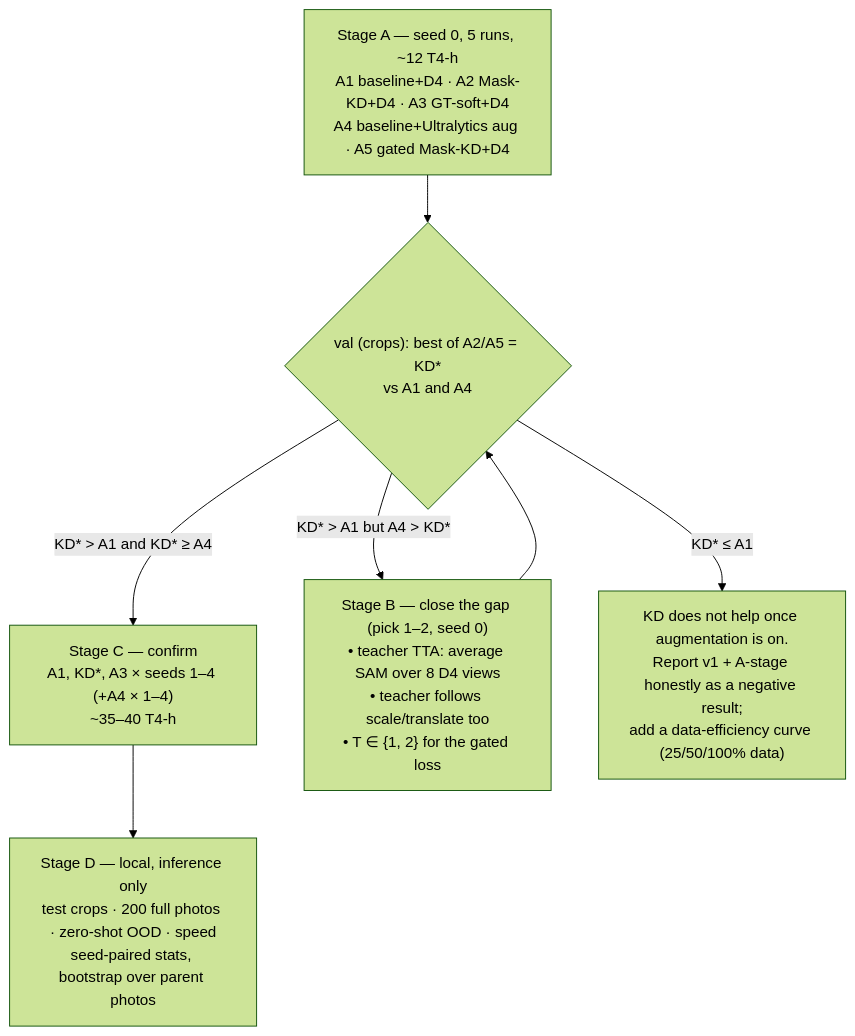
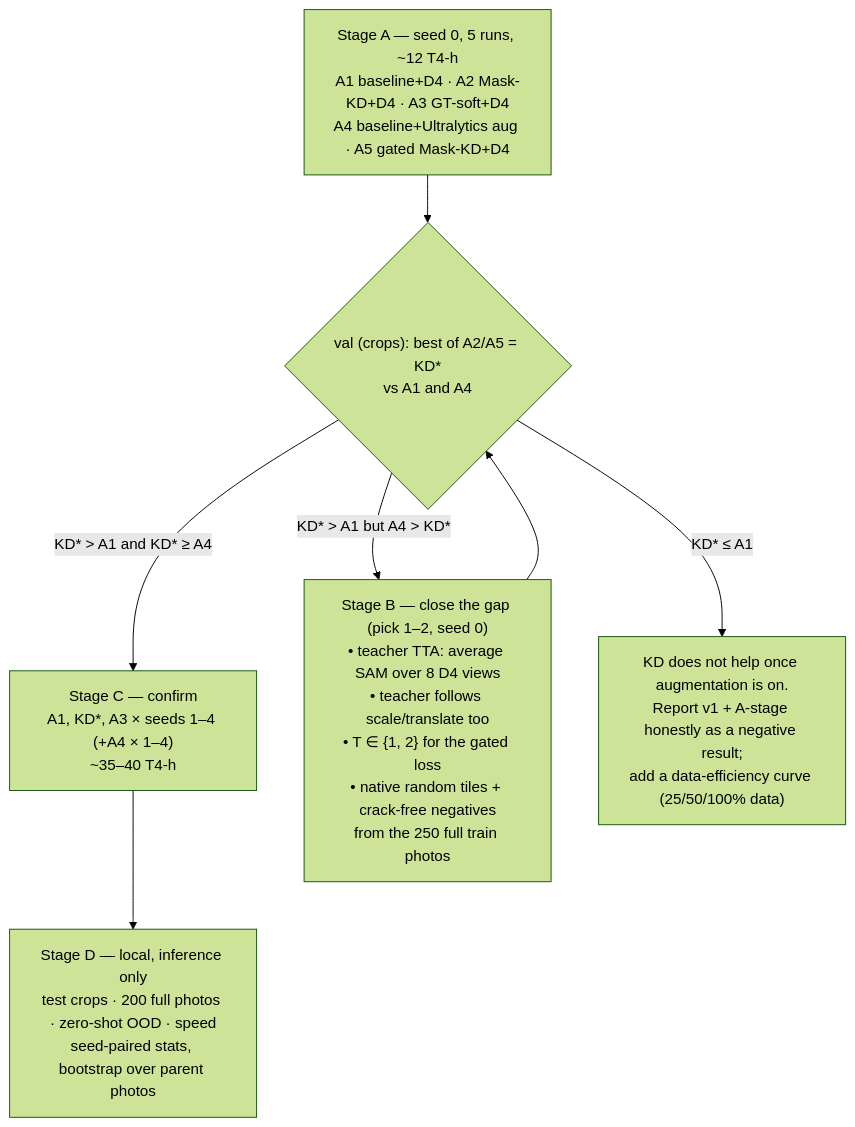
Before and after one commit to shahin1717/crackdistill: the fourth of 4 diagrams in docs/KD_DESIGN_v2.md, drawn with Mermaid (forest theme). The commit also changed other lines of this file and 4 other files, not shown here.

````diff
--- a/docs/KD_DESIGN_v2.md
+++ b/docs/KD_DESIGN_v2.md
@@ -180,10 +181,10 @@
 ```mermaid
 flowchart TB
     A["Stage A — seed 0, 5 runs, ~12 T4-h<br/>A1 baseline+D4 · A2 Mask-KD+D4 · A3 GT-soft+D4<br/>A4 baseline+Ultralytics aug · A5 gated Mask-KD+D4"]
     A --> G{"val (crops): best of A2/A5 = KD*<br/>vs A1 and A4"}
     G -->|"KD* > A1 and KD* ≥ A4"| C["Stage C — confirm<br/>A1, KD*, A3 × seeds 1–4 (+A4 × 1–4)<br/>~35–40 T4-h"]
-    G -->|"KD* > A1 but A4 > KD*"| B["Stage B — close the gap (pick 1–2, seed 0)<br/>• teacher TTA: average SAM over 8 D4 views<br/>• teacher follows scale/translate too<br/>• T ∈ {1, 2} for the gated loss"]
+    G -->|"KD* > A1 but A4 > KD*"| B["Stage B — close the gap (pick 1–2, seed 0)<br/>• teacher TTA: average SAM over 8 D4 views<br/>• teacher follows scale/translate too<br/>• T ∈ {1, 2} for the gated loss<br/>• native random tiles + crack-free negatives<br/>from the 250 full train photos"]
     G -->|"KD* ≤ A1"| N["KD does not help once augmentation is on.<br/>Report v1 + A-stage honestly as a negative result;<br/>add a data-efficiency curve (25/50/100% data)"]
     B --> G
     C --> D["Stage D — local, inference only<br/>test crops · 200 full photos · zero-shot OOD · speed<br/>seed-paired stats, bootstrap over parent photos"]
 ```
````
